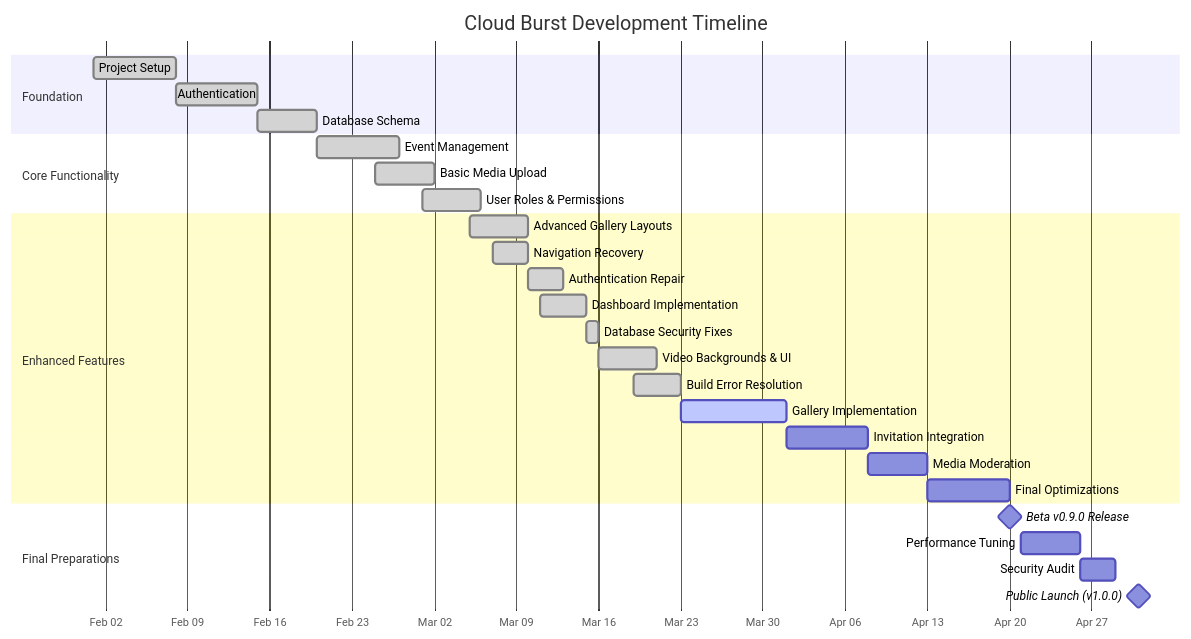
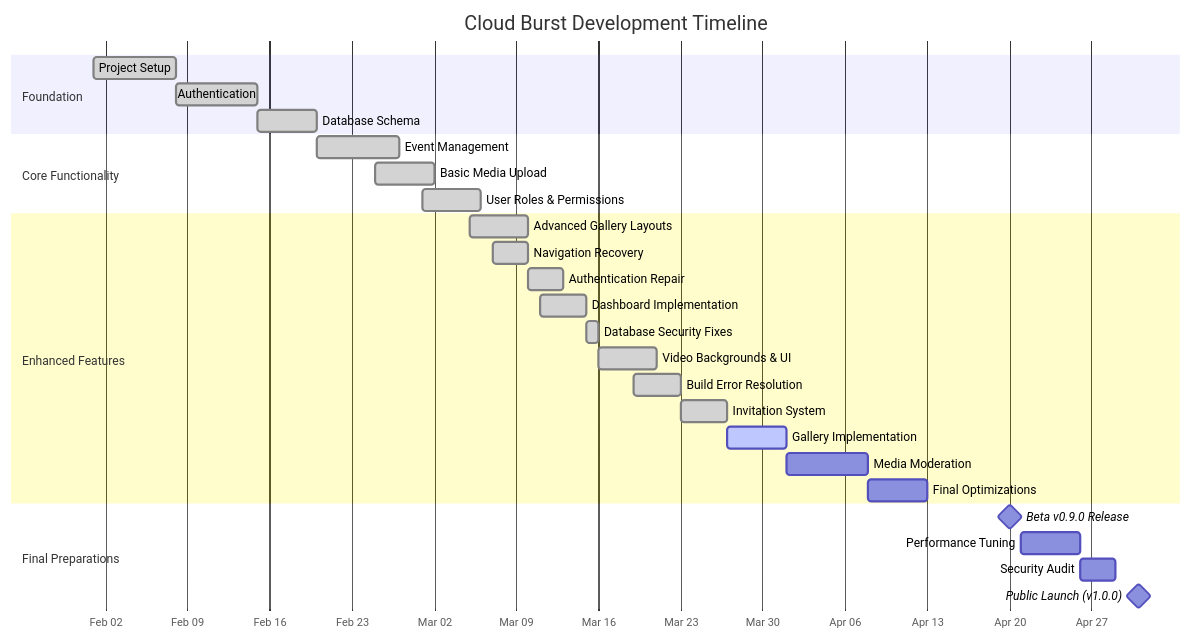
One commit to mrj0nesmtl/cloud-burst changed the first of 2 diagrams in docs/planning/roadmap.md. Above: the diagram before and after it, drawn with Mermaid. The commit also changed other lines of this file and 57 other files, not shown here.

````diff
--- a/docs/planning/roadmap.md
+++ b/docs/planning/roadmap.md
@@ -118,35 +130,35 @@
 ```mermaid
 gantt
     title Cloud Burst Development Timeline
     dateFormat  YYYY-MM-DD
     axisFormat %b %d
     
     section Foundation
     Project Setup           :done, f1, 2025-02-01, 7d
     Authentication          :done, f2, 2025-02-08, 7d
     Database Schema         :done, f3, 2025-02-15, 5d
     
     section Core Functionality
     Event Management        :done, c1, 2025-02-20, 7d
     Basic Media Upload      :done, c2, 2025-02-25, 5d
     User Roles & Permissions:done, c3, 2025-03-01, 5d
     
     section Enhanced Features
     Advanced Gallery Layouts:done, e1, 2025-03-05, 5d
     Navigation Recovery     :done, e2, 2025-03-07, 3d
     Authentication Repair   :done, e3, 2025-03-10, 3d
     Dashboard Implementation:done, e4, 2025-03-11, 4d
     Database Security Fixes :done, e5, 2025-03-15, 1d
     Video Backgrounds & UI  :done, e6, 2025-03-16, 5d
     Build Error Resolution  :done, e7, 2025-03-19, 4d
-    Gallery Implementation  :active, e8, 2025-03-23, 9d
-    Invitation Integration  :e9, 2025-04-01, 7d
-    Media Moderation        :e10, 2025-04-08, 5d
-    Final Optimizations     :e11, 2025-04-13, 7d
+    Invitation System       :done, e8, 2025-03-23, 4d
+    Gallery Implementation  :active, e9, 2025-03-27, 5d
+    Media Moderation        :e10, 2025-04-01, 7d
+    Final Optimizations     :e11, 2025-04-08, 5d
     
     section Final Preparations
     Beta v0.9.0 Release     :milestone, b1, 2025-04-20, 0d
     Performance Tuning      :o1, 2025-04-21, 5d
     Security Audit          :o2, 2025-04-26, 3d
     Public Launch (v1.0.0)  :milestone, l3, 2025-05-01, 0d
 ```
````
